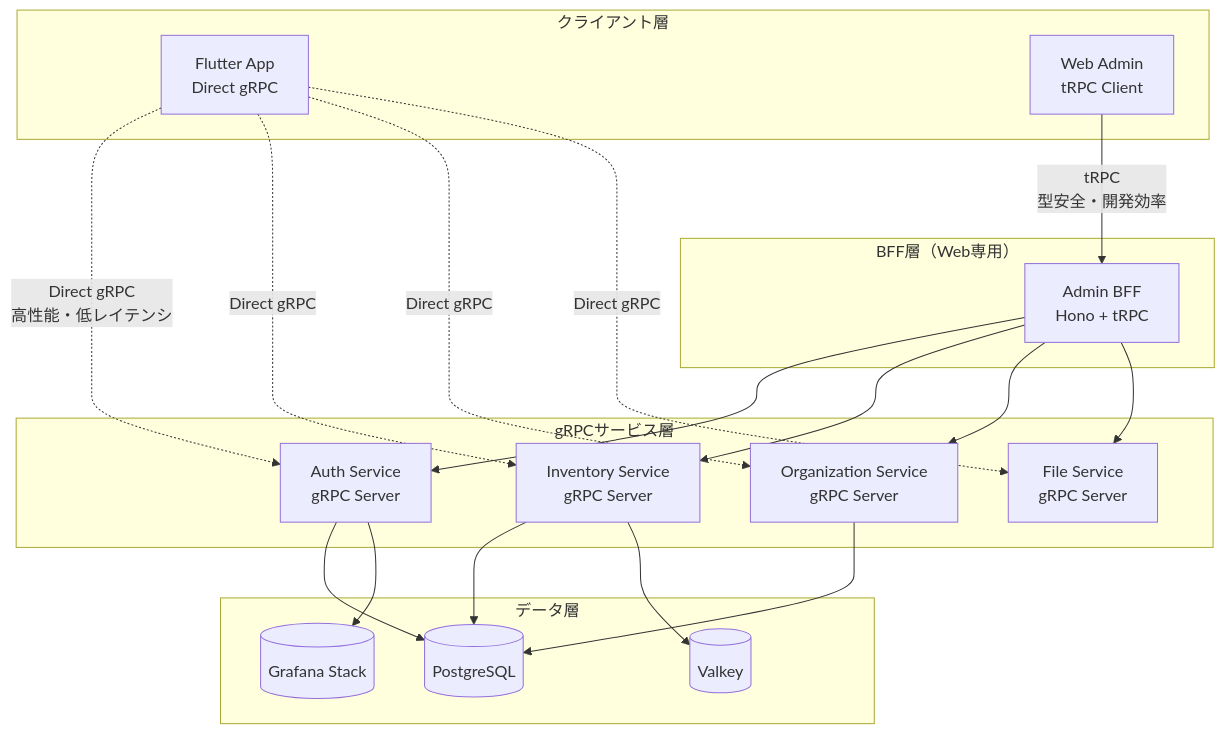
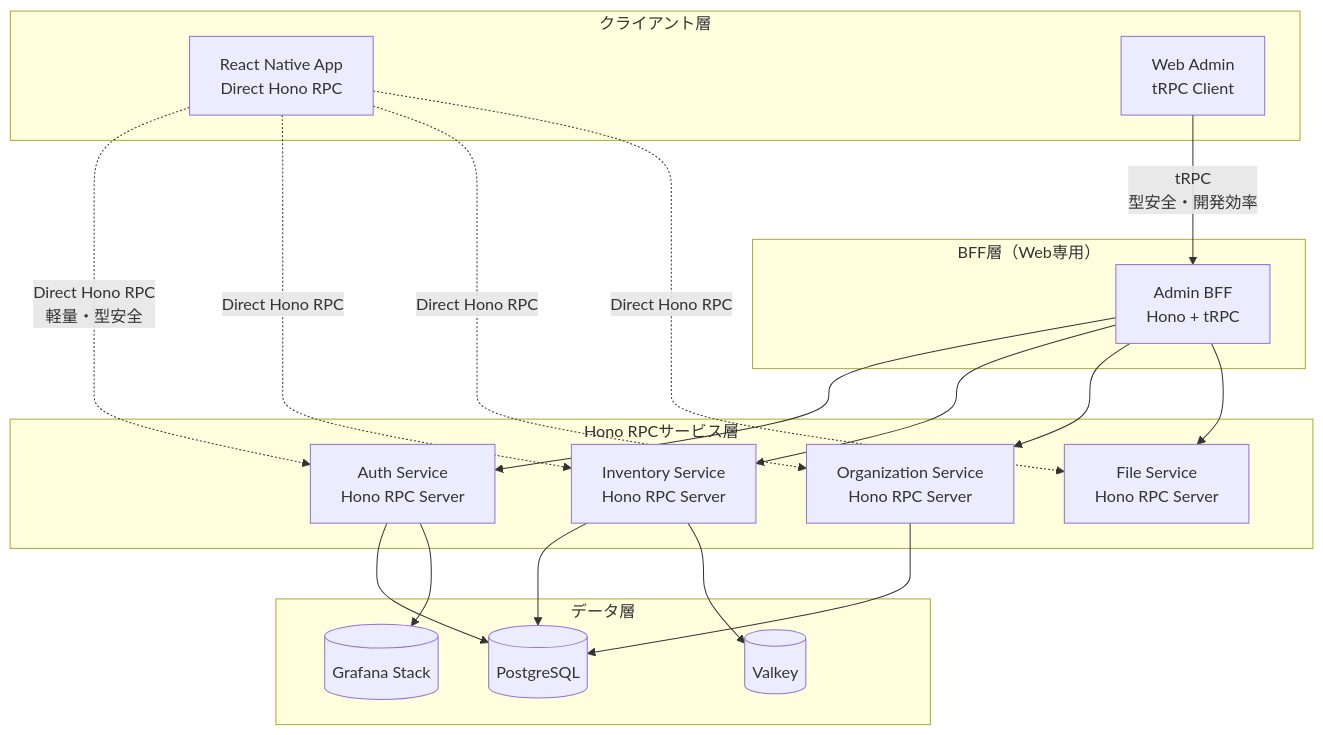
The second of 3 diagrams in .kiro/specs/inventory-management/design.md (TakashiAihara/preppin), drawn with Mermaid before and after one commit. The commit also changed other lines of this file and 3 other files, not shown here.

First line of the commit message:
Create comprehensive coding standards and convert to React Native (#2)

````diff
--- a/.kiro/specs/inventory-management/design.md
+++ b/.kiro/specs/inventory-management/design.md
@@ -189,44 +193,44 @@
 ```mermaid
 graph TB
     subgraph "クライアント層"
-        FLUTTER[Flutter App<br/>Direct gRPC]
+        RN[React Native App<br/>Direct Hono RPC]
         WEB[Web Admin<br/>tRPC Client]
     end
     
     subgraph "BFF層（Web専用）"
         ADMIN_BFF[Admin BFF<br/>Hono + tRPC]
     end
     
-    subgraph "gRPCサービス層"
-        AUTH_GRPC[Auth Service<br/>gRPC Server]
-        INV_GRPC[Inventory Service<br/>gRPC Server]
-        ORG_GRPC[Organization Service<br/>gRPC Server]
-        FILE_GRPC[File Service<br/>gRPC Server]
+    subgraph "Hono RPCサービス層"
+        AUTH_RPC[Auth Service<br/>Hono RPC Server]
+        INV_RPC[Inventory Service<br/>Hono RPC Server]
+        ORG_RPC[Organization Service<br/>Hono RPC Server]
+        FILE_RPC[File Service<br/>Hono RPC Server]
     end
     
     subgraph "データ層"
         POSTGRES[(PostgreSQL)]
         GRAFANA[(Grafana Stack)]
         VALKEY[(Valkey)]
     end
     
-    %% Flutter直接通信（高性能）
-    FLUTTER -.->|"Direct gRPC<br/>高性能・低レイテンシ"| AUTH_GRPC
-    FLUTTER -.->|"Direct gRPC"| INV_GRPC
-    FLUTTER -.->|"Direct gRPC"| ORG_GRPC
-    FLUTTER -.->|"Direct gRPC"| FILE_GRPC
+    %% React Native直接通信（高性能）
+    RN -.->|"Direct Hono RPC<br/>軽量・型安全"| AUTH_RPC
+    RN -.->|"Direct Hono RPC"| INV_RPC
+    RN -.->|"Direct Hono RPC"| ORG_RPC
+    RN -.->|"Direct Hono RPC"| FILE_RPC
     
     %% Web管理画面（開発効率重視）
     WEB -->|"tRPC<br/>型安全・開発効率"| ADMIN_BFF
-    ADMIN_BFF --> AUTH_GRPC
-    ADMIN_BFF --> INV_GRPC
-    ADMIN_BFF --> ORG_GRPC
-    ADMIN_BFF --> FILE_GRPC
+    ADMIN_BFF --> AUTH_RPC
+    ADMIN_BFF --> INV_RPC
+    ADMIN_BFF --> ORG_RPC
+    ADMIN_BFF --> FILE_RPC
     
     %% データ層
-    AUTH_GRPC --> POSTGRES
-    INV_GRPC --> POSTGRES
-    ORG_GRPC --> POSTGRES
-    INV_GRPC --> VALKEY
-    AUTH_GRPC --> GRAFANA
+    AUTH_RPC --> POSTGRES
+    INV_RPC --> POSTGRES
+    ORG_RPC --> POSTGRES
+    INV_RPC --> VALKEY
+    AUTH_RPC --> GRAFANA
 ```
````
